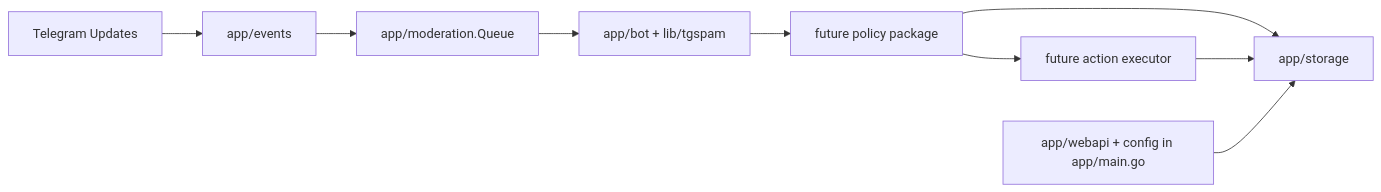
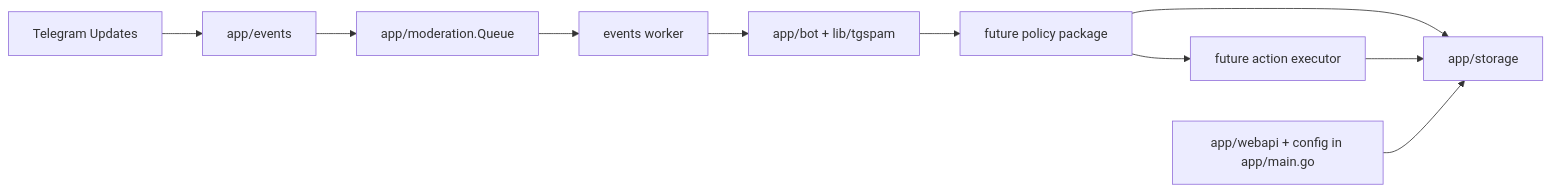
Before and after one commit to redstone-md/shield: the diagram in docs/ADR/ADR-0001-internal-moderation-pipeline-seams.md, drawn with Mermaid. The commit also changed other lines of this file and 7 other files, not shown here.

Commit message:
feat: route listener events through internal queue

````diff
--- a/docs/ADR/ADR-0001-internal-moderation-pipeline-seams.md
+++ b/docs/ADR/ADR-0001-internal-moderation-pipeline-seams.md
@@ -50,20 +50,21 @@
 ```mermaid
 flowchart LR
   TG[Telegram Updates]
   Gateway[app/events]
   Queue[app/moderation.Queue]
   Detection[app/bot + lib/tgspam]
   Policy[future policy package]
   Action[future action executor]
   Audit[app/storage]
   Control[app/webapi + config in app/main.go]
 
   TG --> Gateway
   Gateway --> Queue
-  Queue --> Detection
+  Queue --> Worker[events worker]
+  Worker --> Detection
   Detection --> Policy
   Policy --> Action
   Policy --> Audit
   Action --> Audit
   Control --> Audit
 ```
````
